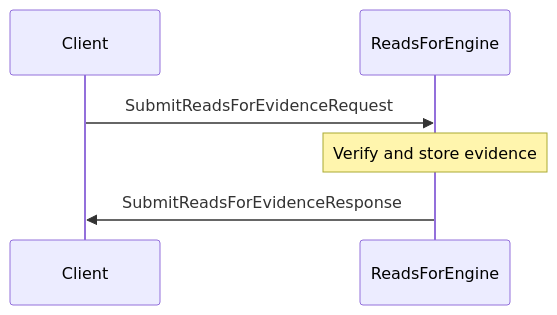
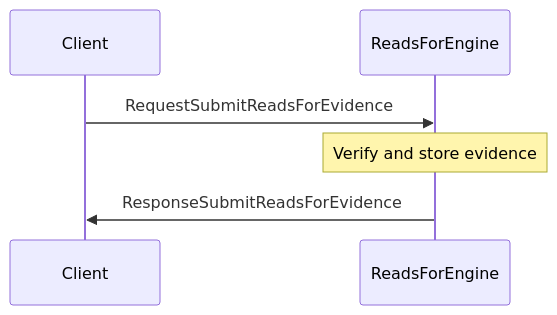
Before and after one commit to anoma/nspec: the first of 3 diagrams in docs/arch/node/engines/reads_for_messages.juvix.md, drawn with Mermaid. The commit also changed other lines of this file and 7 other files, not shown here.

````diff
--- a/docs/arch/node/engines/reads_for_messages.juvix.md
+++ b/docs/arch/node/engines/reads_for_messages.juvix.md
@@ -147,9 +152,9 @@
 ```mermaid
 sequenceDiagram
     participant Client
     participant ReadsForEngine
 
-    Client->>ReadsForEngine: SubmitReadsForEvidenceRequest
+    Client->>ReadsForEngine: RequestSubmitReadsForEvidence
     Note over ReadsForEngine: Verify and store evidence
-    ReadsForEngine->>Client: SubmitReadsForEvidenceResponse
+    ReadsForEngine->>Client: ResponseSubmitReadsForEvidence
 ```
````
